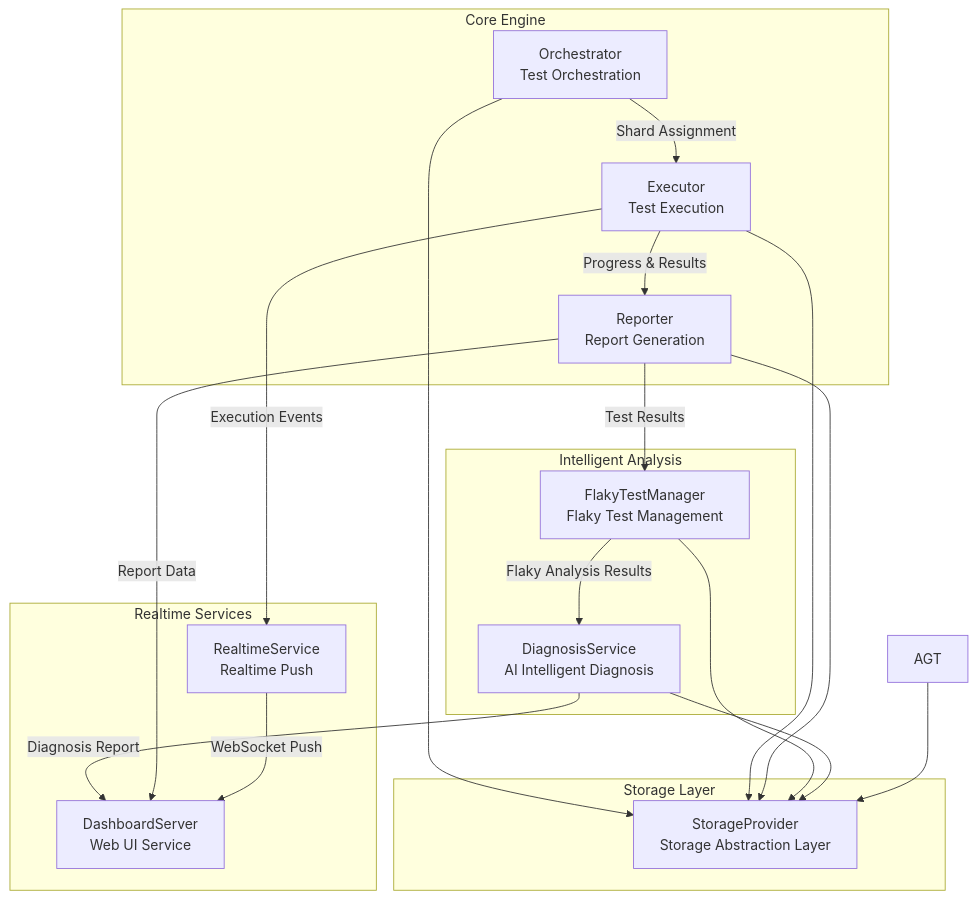
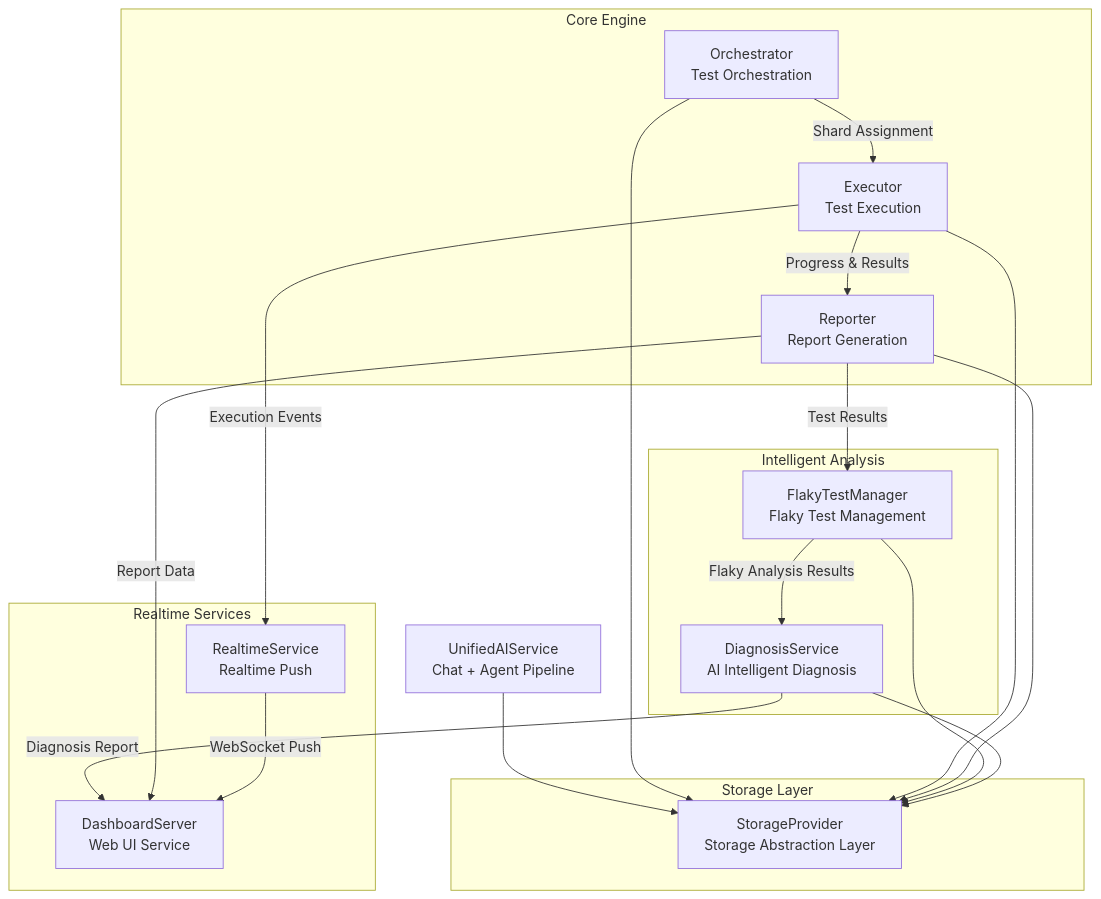
The first of 4 diagrams in documentation/architecture.md (yuandiv/yuantest-playwright), drawn with Mermaid before and after one commit. The commit also changed other lines of this file and 103 other files, not shown here.

````diff
--- a/documentation/architecture.md
+++ b/documentation/architecture.md
@@ -9,37 +9,37 @@
 ```mermaid
 graph TB
     subgraph Core Engine
         ORC[Orchestrator<br/>Test Orchestration]
         EXE[Executor<br/>Test Execution]
         RPT[Reporter<br/>Report Generation]
     end
 
     subgraph Intelligent Analysis
         FTM[FlakyTestManager<br/>Flaky Test Management]
         DIA[DiagnosisService<br/>AI Intelligent Diagnosis]
     end
 
     subgraph Realtime Services
         RTS[RealtimeService<br/>Realtime Push]
         DSB[DashboardServer<br/>Web UI Service]
     end
 
     subgraph Storage Layer
         STO[StorageProvider<br/>Storage Abstraction Layer]
     end
 
     ORC -->|Shard Assignment| EXE
     EXE -->|Progress & Results| RPT
     RPT -->|Test Results| FTM
     FTM -->|Flaky Analysis Results| DIA
     DIA -->|Diagnosis Report| DSB
     RPT -->|Report Data| DSB
     EXE -->|Execution Events| RTS
     RTS -->|WebSocket Push| DSB
+    UAI[UnifiedAIService<br/>Chat + Agent Pipeline] --> STO
     ORC --> STO
     EXE --> STO
     RPT --> STO
     FTM --> STO
     DIA --> STO
-    AGT --> STO
 ```
````
